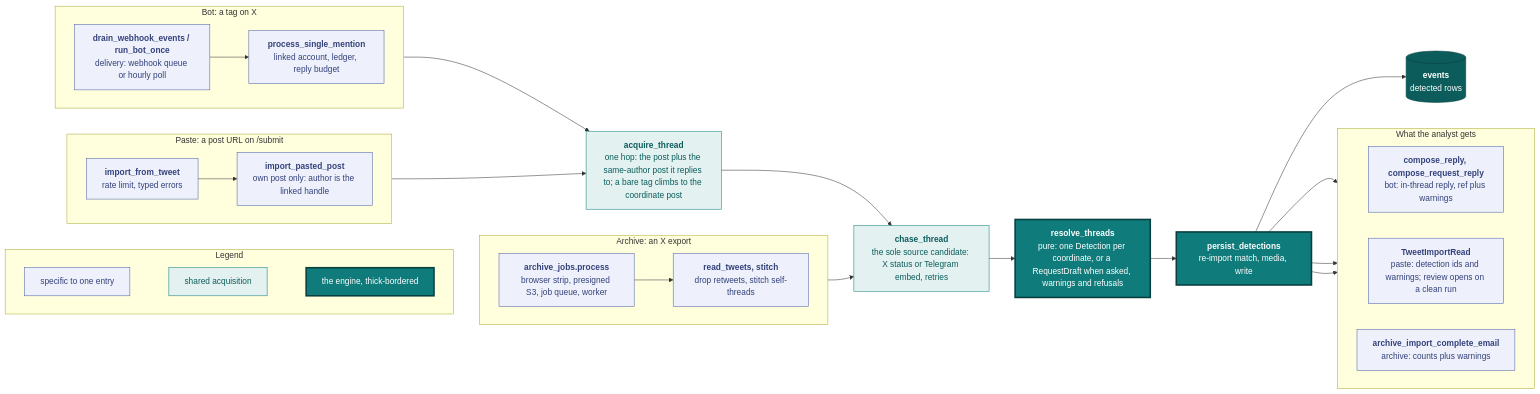
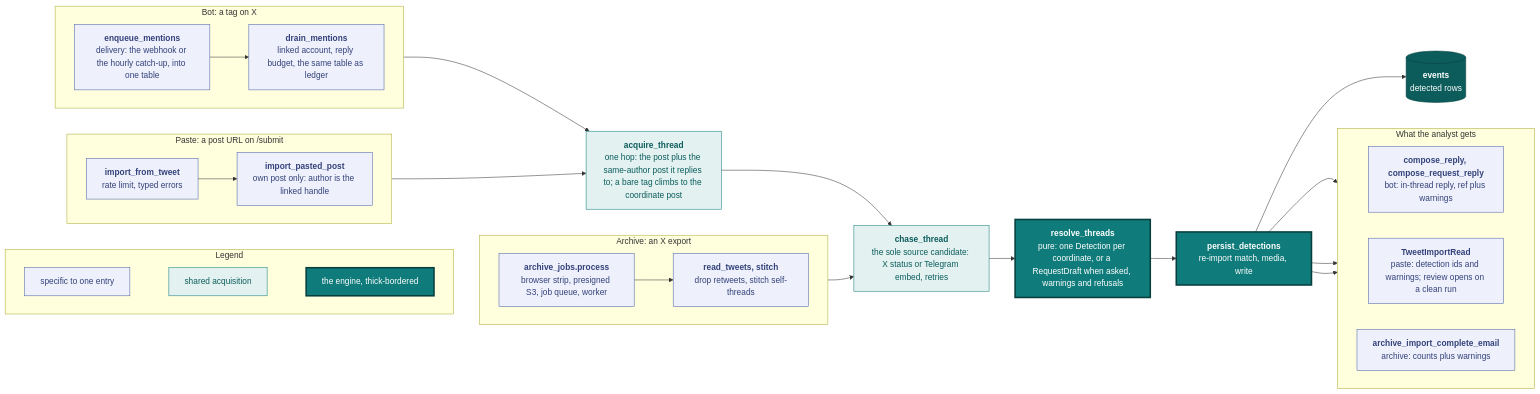
The first of 6 diagrams in docs/ingestion.md (vidithq/vidit), drawn with Mermaid before and after one commit. The commit also changed other lines of this file and 617 other files, not shown here.

````diff
--- a/docs/ingestion.md
+++ b/docs/ingestion.md
@@ -5,63 +5,63 @@
 ```mermaid
 flowchart LR
   classDef spec fill:#eef1fb,stroke:#4a5fa5,color:#33417a
   classDef shared fill:#e3f2f1,stroke:#0f7b7a,color:#0b5c5b
   classDef core fill:#0f7b7a,stroke:#083f3e,stroke-width:3px,color:#ffffff
   classDef store fill:#0b5c5b,stroke:#083f3e,color:#ffffff
 
   subgraph legend [Legend]
     direction LR
     l1["`specific to one entry`"]:::spec
     l2["`shared acquisition`"]:::shared
     l3["`the engine, thick-bordered`"]:::core
     l1 ~~~ l2 ~~~ l3
   end
 
   subgraph paste [Paste: a post URL on /submit]
     direction LR
     p1["`**import_from_tweet**
     rate limit, typed errors`"]:::spec --> p2["`**import_pasted_post**
     own post only: author is the linked handle`"]:::spec
   end
   subgraph bot [Bot: a tag on X]
     direction LR
-    b1["`**drain_webhook_events / run_bot_once**
-    delivery: webhook queue or hourly poll`"]:::spec --> b2["`**process_single_mention**
-    linked account, ledger, reply budget`"]:::spec
+    b1["`**enqueue_mentions**
+    delivery: the webhook or the hourly catch-up, into one table`"]:::spec --> b2["`**drain_mentions**
+    linked account, reply budget, the same table as ledger`"]:::spec
   end
   subgraph archive [Archive: an X export]
     direction LR
     a1["`**archive_jobs.process**
     browser strip, presigned S3, job queue, worker`"]:::spec --> a2["`**read_tweets, stitch**
     drop retweets, stitch self-threads`"]:::spec
   end
 
   hop["`**acquire_thread**
   one hop: the post plus the same-author post it replies to; a bare tag climbs to the coordinate post`"]:::shared
   chase["`**chase_thread**
   the sole source candidate: X status or Telegram embed, retries`"]:::shared
   resolve["`**resolve_threads**
   pure: one Detection per coordinate, or a RequestDraft when asked, warnings and refusals`"]:::core
   persist["`**persist_detections**
   re-import match, media, write`"]:::core
   rows[("`**events**
   detected rows`")]:::store
 
   subgraph feedback [What the analyst gets]
     direction LR
     f1["`**compose_reply, compose_request_reply**
     bot: in-thread reply, ref plus warnings`"]:::spec
     f2["`**TweetImportRead**
     paste: detection ids and warnings; review opens on a clean run`"]:::spec
     f3["`**archive_import_complete_email**
     archive: counts plus warnings`"]:::spec
   end
 
   p2 --> hop
   b2 --> hop
   a2 --> chase
   hop --> chase --> resolve --> persist --> rows
   persist --> f1
   persist --> f2
   persist --> f3
 ```
````
